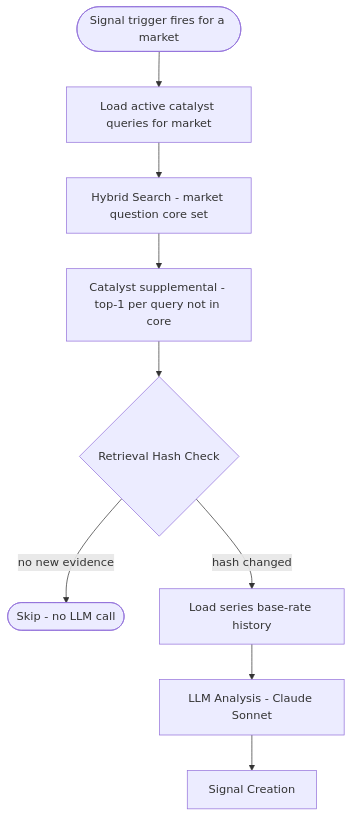
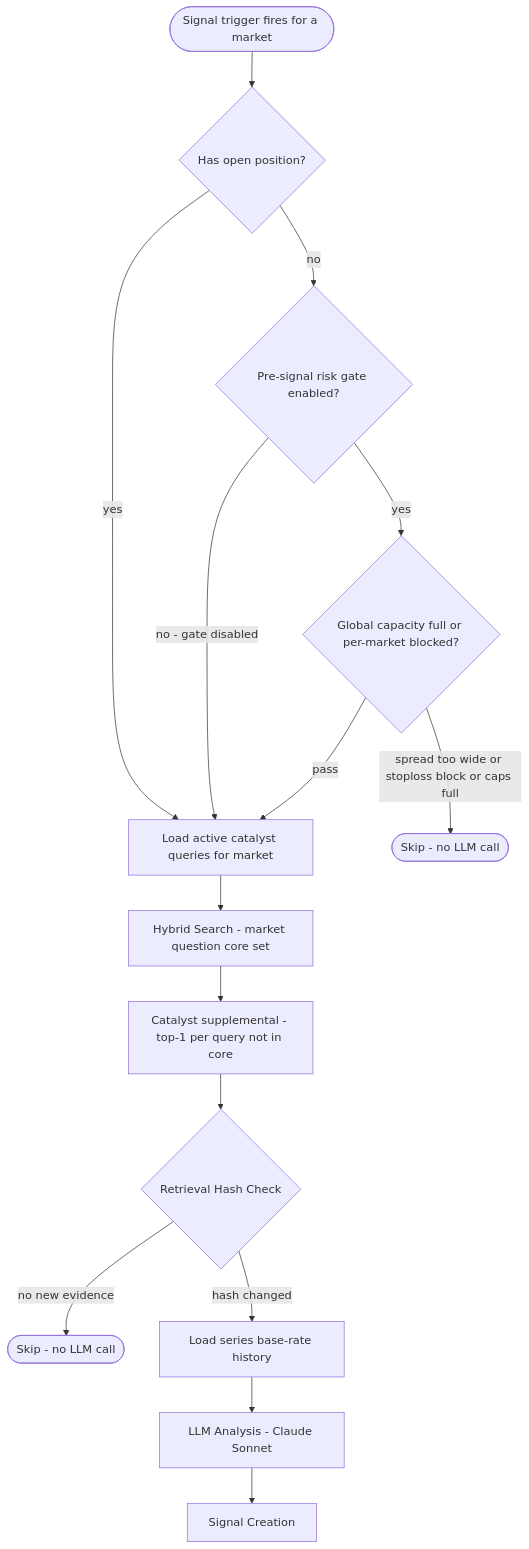
The third of 4 diagrams in SPEC.md (ostersc/freqpred), drawn with Mermaid before and after one commit. The commit also changed other lines of this file and 6 other files, not shown here.

First line of the commit message:
feat: T71 pre-signal risk gate — skip LLM for markets risk would block

````diff
--- a/SPEC.md
+++ b/SPEC.md
@@ -871,12 +879,18 @@
 ```mermaid
 flowchart TD
     T([Signal trigger fires for a market])
-    T --> CQ[Load active catalyst queries for market]
+    T --> HOP{Has open position?}
+    HOP -->|yes| CQ
+    HOP -->|no| RG{Pre-signal risk gate enabled?}
+    RG -->|no - gate disabled| CQ
+    RG -->|yes| GC{Global capacity full or per-market blocked?}
+    GC -->|spread too wide or stoploss block or caps full| SKIP2([Skip - no LLM call])
+    GC -->|pass| CQ[Load active catalyst queries for market]
     CQ --> HS[Hybrid Search - market question core set]
     HS --> CS[Catalyst supplemental - top-1 per query not in core]
     CS --> RH{Retrieval Hash Check}
     RH -->|no new evidence| SKIP([Skip - no LLM call])
     RH -->|hash changed| BR[Load series base-rate history]
     BR --> LLM[LLM Analysis - Claude Sonnet]
     LLM --> SC[Signal Creation]
 ```
````
